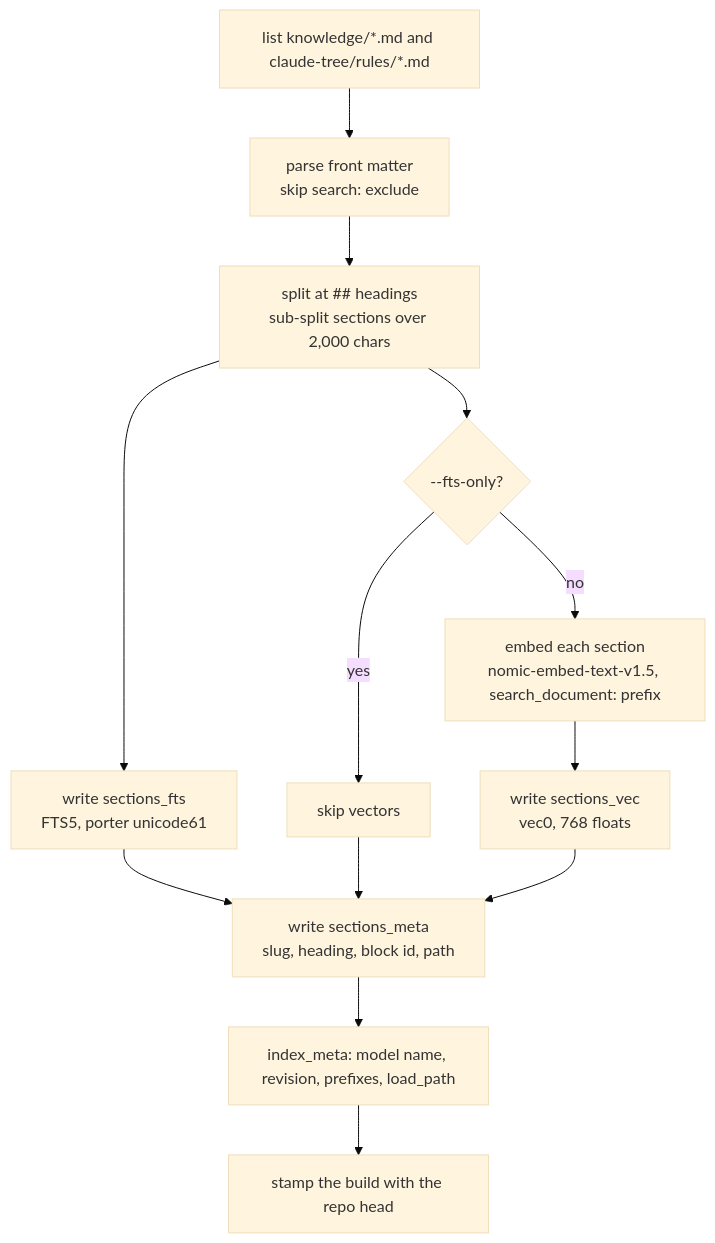
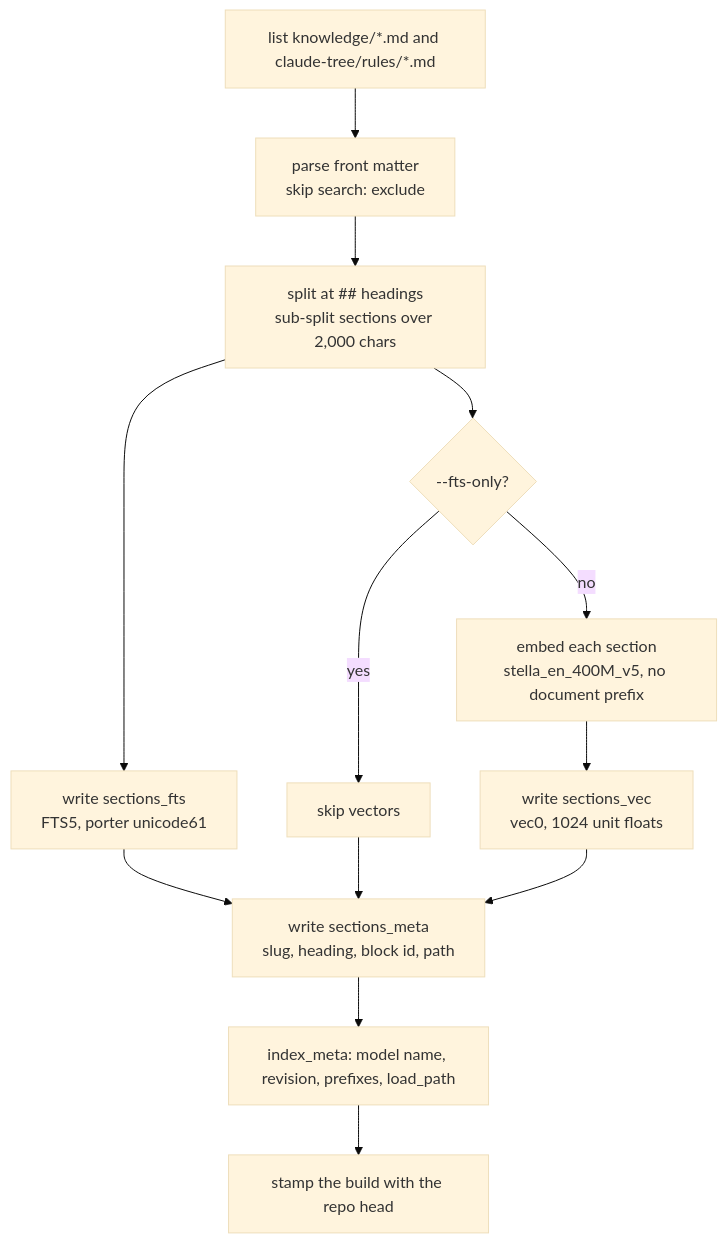
One commit to phbui/gestalt-core changed the third of 8 diagrams in docs/ARCHITECTURE.md. Above: the diagram before and after it, drawn with Mermaid (base theme). The commit also changed other lines of this file and 90 other files, not shown here.

````diff
--- a/docs/ARCHITECTURE.md
+++ b/docs/ARCHITECTURE.md
@@ -55,15 +55,15 @@
 ```mermaid
 flowchart TD
   A["list knowledge/*.md and claude-tree/rules/*.md"] --> B["parse front matter<br/>skip search: exclude"]
   B --> C["split at ## headings<br/>sub-split sections over 2,000 chars"]
   C --> D["write sections_fts<br/>FTS5, porter unicode61"]
   C --> E{"--fts-only?"}
   E -->|yes| F["skip vectors"]
-  E -->|no| G["embed each section<br/>nomic-embed-text-v1.5, search_document: prefix"]
-  G --> H["write sections_vec<br/>vec0, 768 floats"]
+  E -->|no| G["embed each section<br/>stella_en_400M_v5, no document prefix"]
+  G --> H["write sections_vec<br/>vec0, 1024 unit floats"]
   D --> I["write sections_meta<br/>slug, heading, block id, path"]
   F --> I
   H --> I
   I --> J["index_meta: model name, revision, prefixes, load_path"]
   J --> K["stamp the build with the repo head"]
 ```
````
